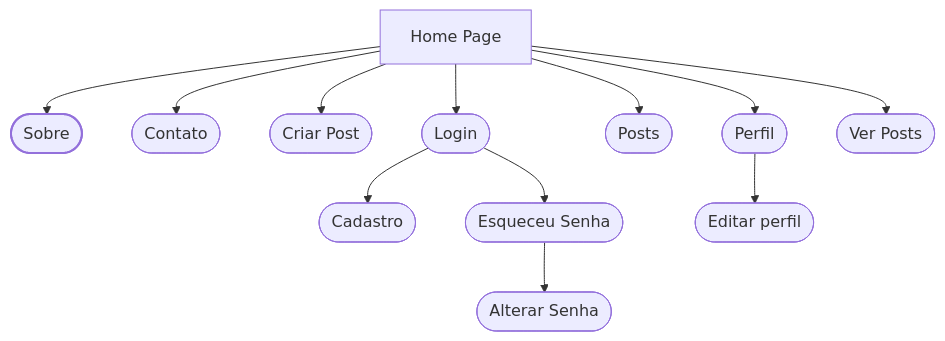
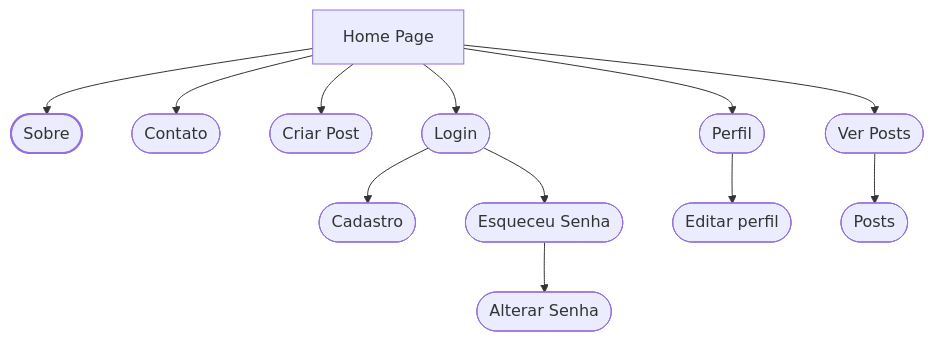
The diagram in README.md (TiagoGrizzo/PI-Route-Books), drawn with Mermaid before and after one commit.

Commit message:
Arrumando o modelo de navegação

````diff
--- a/README.md
+++ b/README.md
@@ -247,10 +247,11 @@
 ```mermaid
     flowchart TD
-    homePage["Home Page"] --> sobre(["Sobre"]) & contato(["Contato"]) & criarPost(["Criar Post"]) & perfil(["Perfil"])   & posts(["Posts"]) & login(["Login"]) & verPosts(["Ver Posts"])
+    homePage["Home Page"] --> sobre(["Sobre"]) & contato(["Contato"]) & criarPost(["Criar Post"]) & perfil(["Perfil"])  & login(["Login"]) & verPosts(["Ver Posts"])
     login --> cadastro(["Cadastro"]) & esqueceuSenha(["Esqueceu Senha"])
     esqueceuSenha --> alterarSenha(["Alterar Senha"])
     perfil --> editarperfil(["Editar perfil"])
+    verPosts(["Ver Posts"]) --> posts(["Posts"])  
     
 
     style sobre stroke-width:2px,stroke-dasharray: 0
 ```
````
